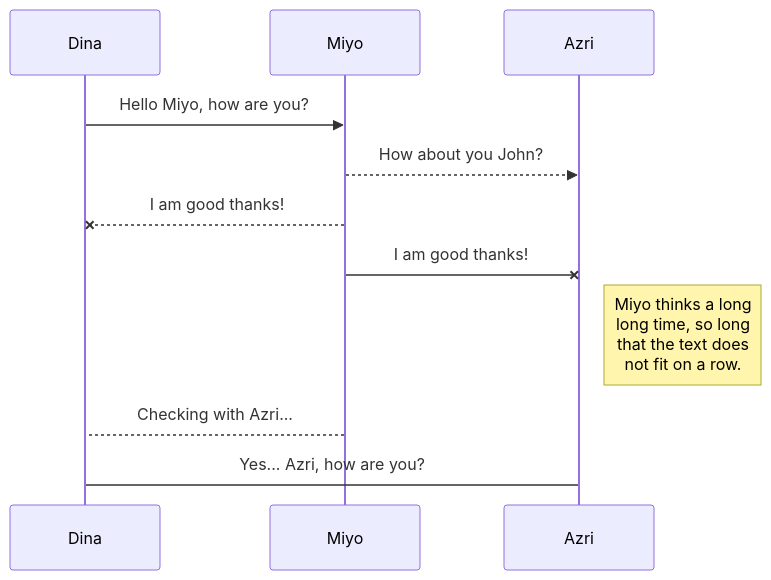
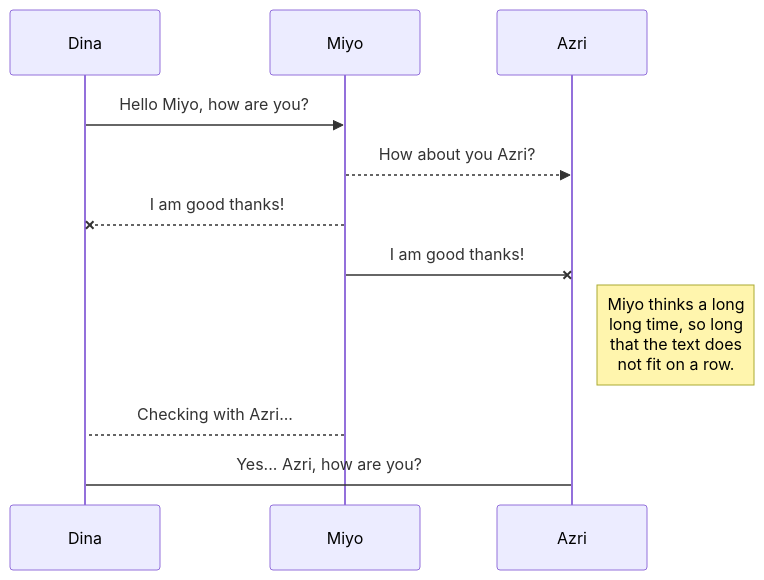
Before and after one commit to drshahizan/learn-github: the first of 2 diagrams in exercise/HPDP/YasmeenNatasha/readme.md, drawn with Mermaid.

````diff
--- a/exercise/HPDP/YasmeenNatasha/readme.md
+++ b/exercise/HPDP/YasmeenNatasha/readme.md
@@ -36,11 +36,11 @@
 ```mermaid
 sequenceDiagram
 Dina ->> Miyo: Hello Miyo, how are you?
-Miyo-->>Azri: How about you John?
+Miyo-->>Azri: How about you Azri?
 Miyo--x Dina: I am good thanks!
 Miyo-x Azri: I am good thanks!
 Note right of Azri: Miyo thinks a long<br/>long time, so long<br/>that the text does<br/>not fit on a row.
 
 Miyo-->Dina: Checking with Azri...
 Dina->Azri: Yes... Azri, how are you?
 ```
````
